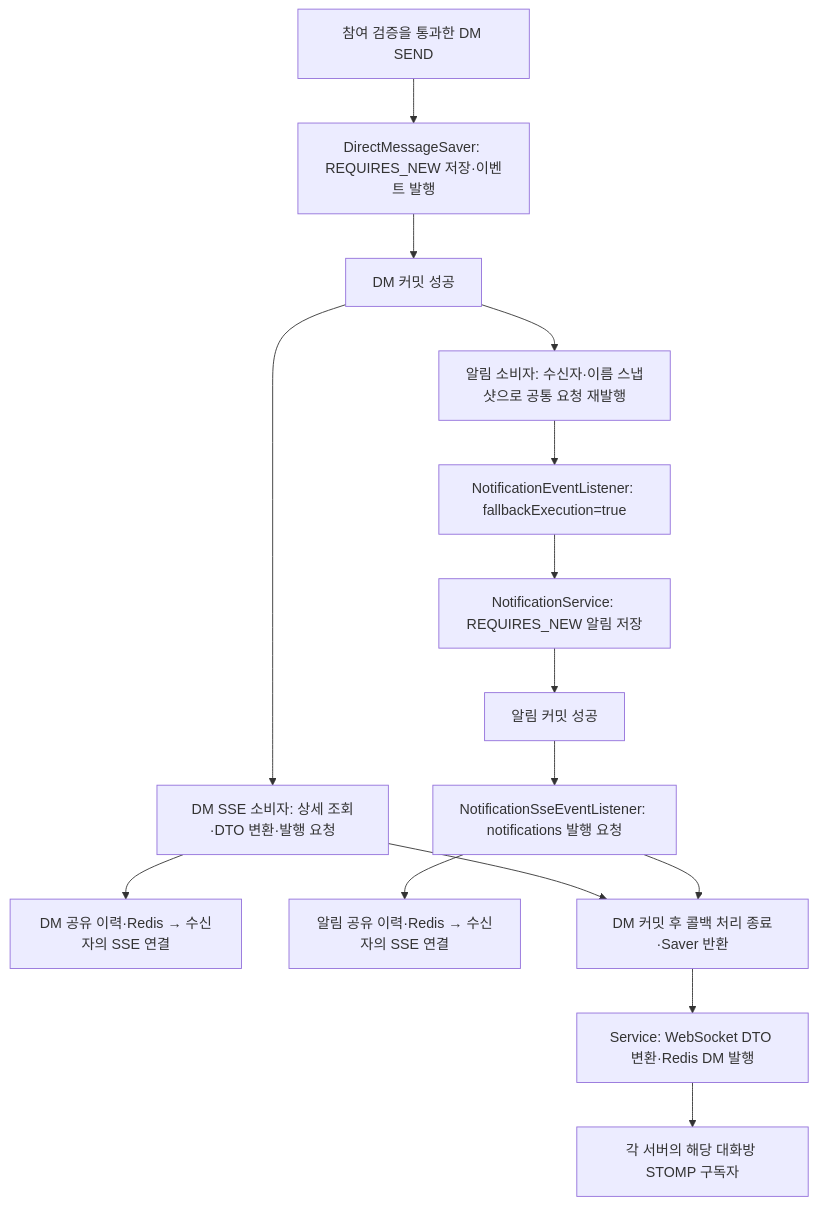
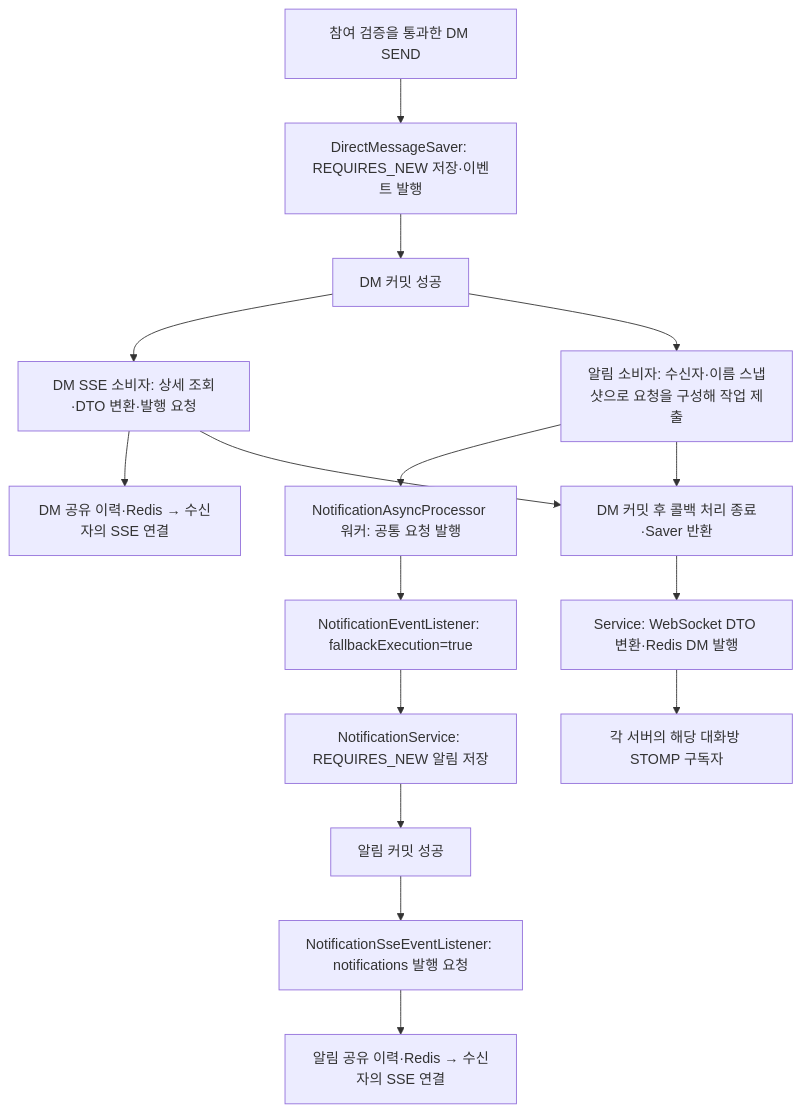
One commit to codeit-backend13-part4-team1/playlist_for_everyone changed the diagram in docs/notification/11-direct-message-integration.md. Above: the diagram before and after it, drawn with Mermaid. The commit also changed other lines of this file and 12 other files, not shown here.

````diff
--- a/docs/notification/11-direct-message-integration.md
+++ b/docs/notification/11-direct-message-integration.md
@@ -23,17 +23,18 @@
 ```mermaid
 flowchart TD
     SEND["참여 검증을 통과한 DM SEND"] --> SAVE["DirectMessageSaver: REQUIRES_NEW 저장·이벤트 발행"]
     SAVE --> COMMIT["DM 커밋 성공"]
     COMMIT --> DM["DM SSE 소비자: 상세 조회·DTO 변환·발행 요청"]
-    COMMIT --> NOTICE["알림 소비자: 수신자·이름 스냅샷으로 공통 요청 재발행"]
-    NOTICE --> REQUEST["NotificationEventListener: fallbackExecution=true"]
+    COMMIT --> NOTICE["알림 소비자: 수신자·이름 스냅샷으로 요청을 구성해 작업 제출"]
+    NOTICE --> WORKER["NotificationAsyncProcessor 워커: 공통 요청 발행"]
+    WORKER --> REQUEST["NotificationEventListener: fallbackExecution=true"]
     REQUEST --> NSAVE["NotificationService: REQUIRES_NEW 알림 저장"]
     NSAVE --> NCOMMIT["알림 커밋 성공"]
     NCOMMIT --> NSSE["NotificationSseEventListener: notifications 발행 요청"]
     DM --> DH["DM 공유 이력·Redis → 수신자의 SSE 연결"]
     NSSE --> NH["알림 공유 이력·Redis → 수신자의 SSE 연결"]
     DM --> DONE["DM 커밋 후 콜백 처리 종료·Saver 반환"]
-    NSSE --> DONE
+    NOTICE --> DONE
     DONE --> WS["Service: WebSocket DTO 변환·Redis DM 발행"]
     WS --> ROOM["각 서버의 해당 대화방 STOMP 구독자"]
 ```
````
